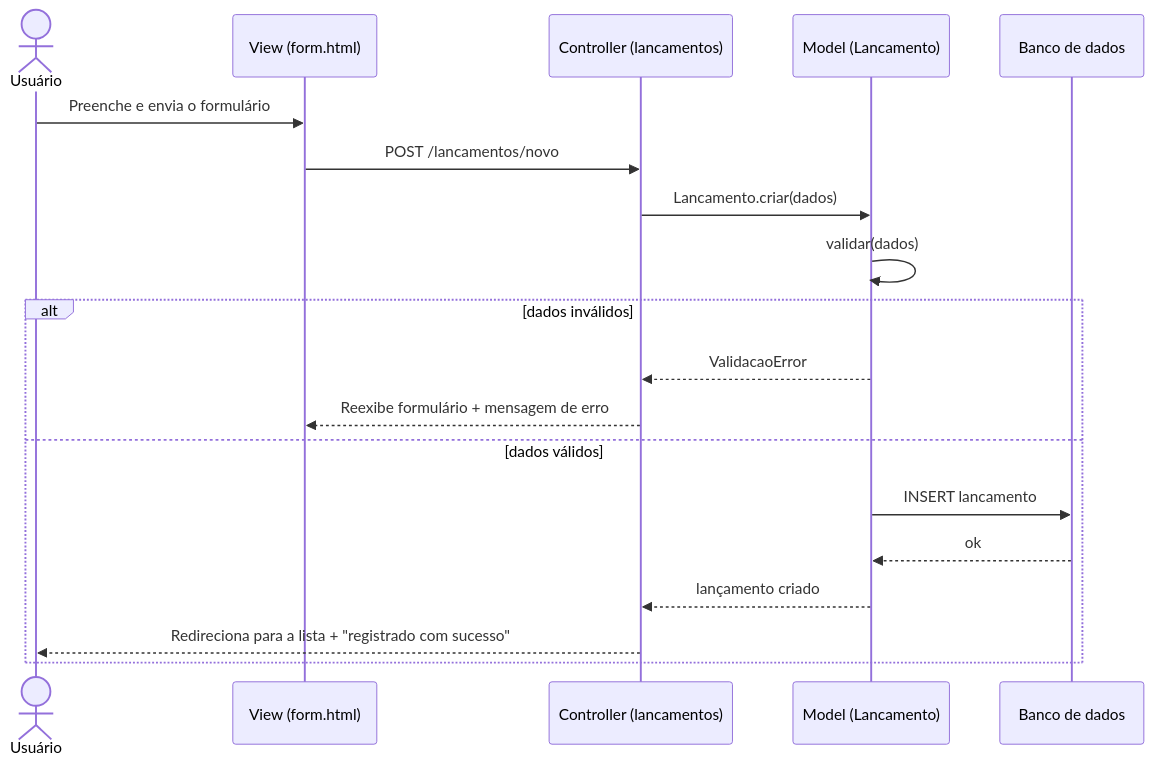
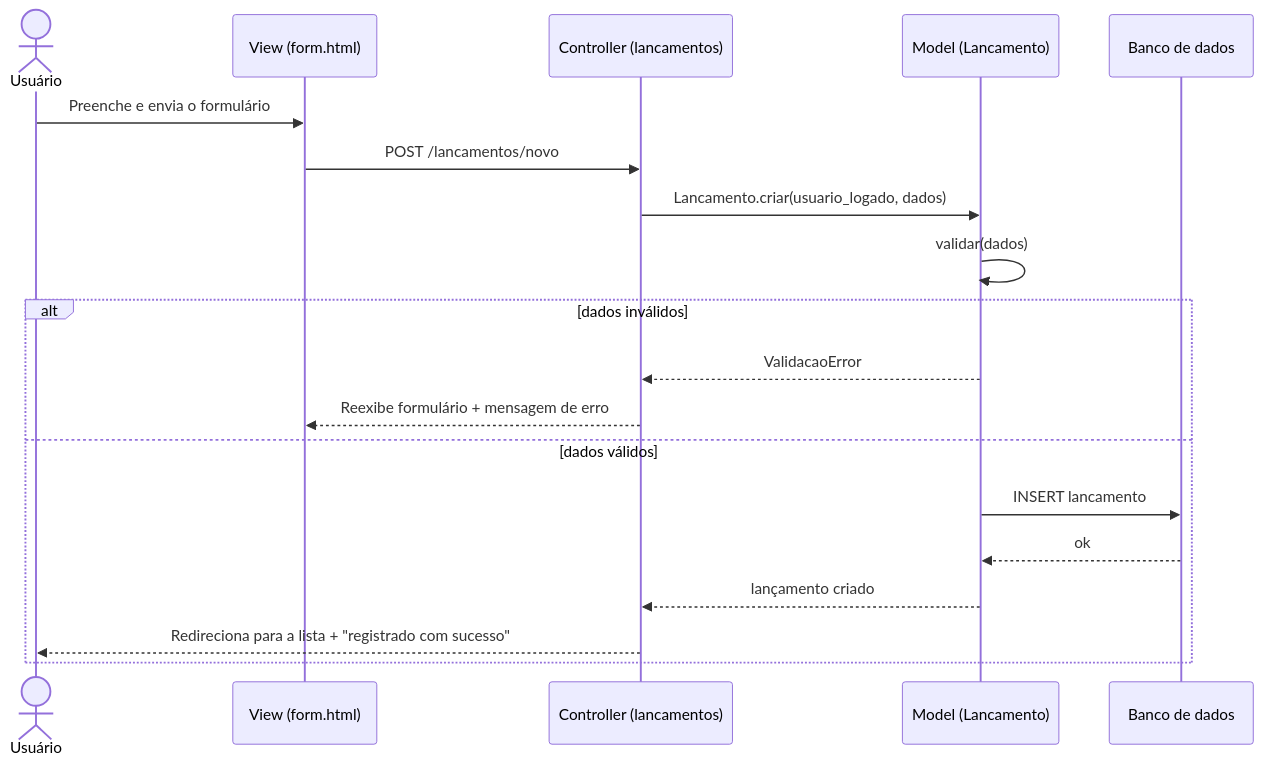
One commit to AugustoOL/controle-financas changed the third of 5 diagrams in docs/02-modelagem-uml.md. Above: the diagram before and after it, drawn with Mermaid. The commit also changed other lines of this file and 27 other files, not shown here.

````diff
--- a/docs/02-modelagem-uml.md
+++ b/docs/02-modelagem-uml.md
@@ -64,21 +81,21 @@
 ```mermaid
 sequenceDiagram
     actor U as Usuário
     participant V as View (form.html)
     participant C as Controller (lancamentos)
     participant M as Model (Lancamento)
     participant DB as Banco de dados
     U->>V: Preenche e envia o formulário
     V->>C: POST /lancamentos/novo
-    C->>M: Lancamento.criar(dados)
+    C->>M: Lancamento.criar(usuario_logado, dados)
     M->>M: validar(dados)
     alt dados inválidos
         M-->>C: ValidacaoError
         C-->>V: Reexibe formulário + mensagem de erro
     else dados válidos
         M->>DB: INSERT lancamento
         DB-->>M: ok
         M-->>C: lançamento criado
         C-->>U: Redireciona para a lista + "registrado com sucesso"
     end
 ```
````
